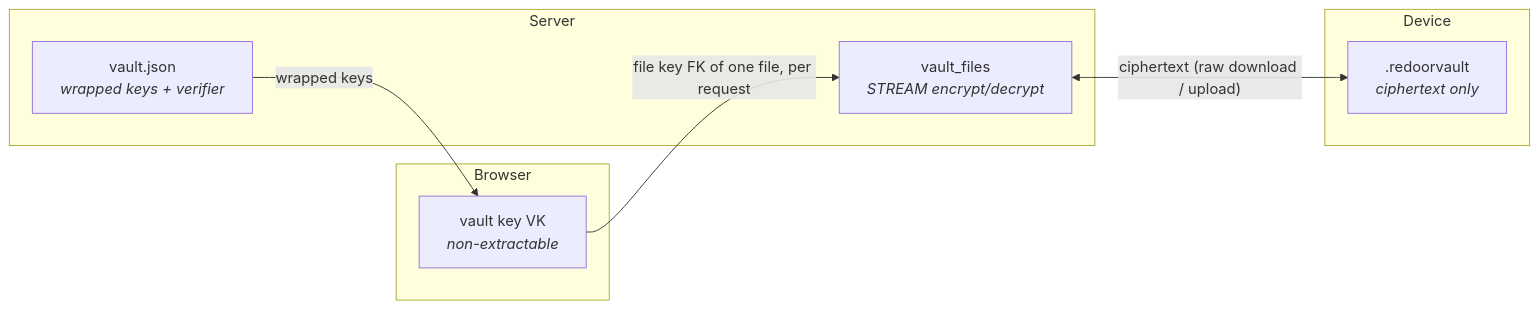
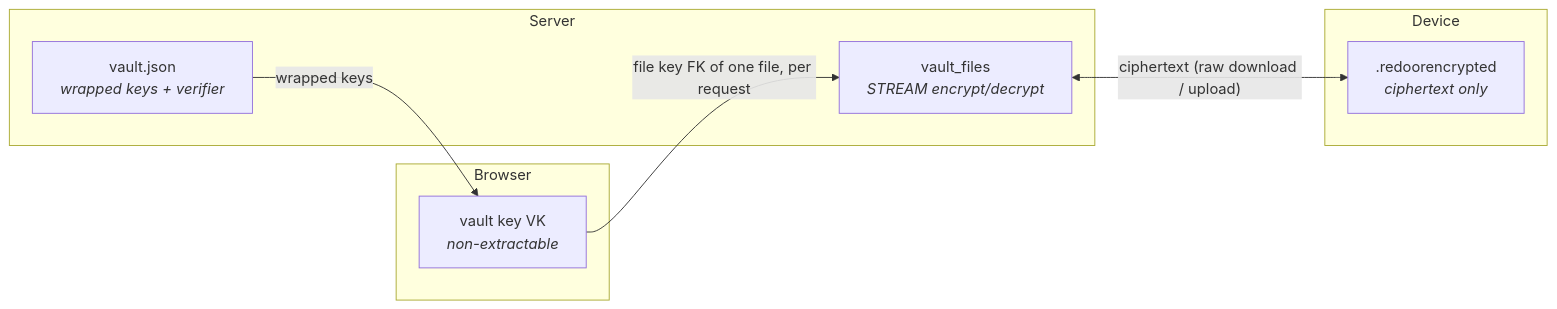
Diagram 11 of 11 in ARCHITECTURE.md (esamattis/redoor), drawn with Mermaid before and after one commit. The commit also changed other lines of this file and 37 other files, not shown here.

First line of the commit message:
Rename .redoorvault files to .redoorencrypted

````diff
--- a/ARCHITECTURE.md
+++ b/ARCHITECTURE.md
@@ -2013,16 +2013,16 @@
 ```mermaid
 flowchart LR
     subgraph Browser
         VK["vault key VK<br/><i>non-extractable</i>"]
     end
     subgraph Server
         store["vault.json<br/><i>wrapped keys + verifier</i>"]
         crypt["vault_files<br/><i>STREAM encrypt/decrypt</i>"]
     end
     subgraph Device
-        file[".redoorvault<br/><i>ciphertext only</i>"]
+        file[".redoorencrypted<br/><i>ciphertext only</i>"]
     end
     VK -- "file key FK of one file, per request" --> crypt
     store -- "wrapped keys" --> VK
     crypt <-- "ciphertext (raw download / upload)" --> file
 ```
````
